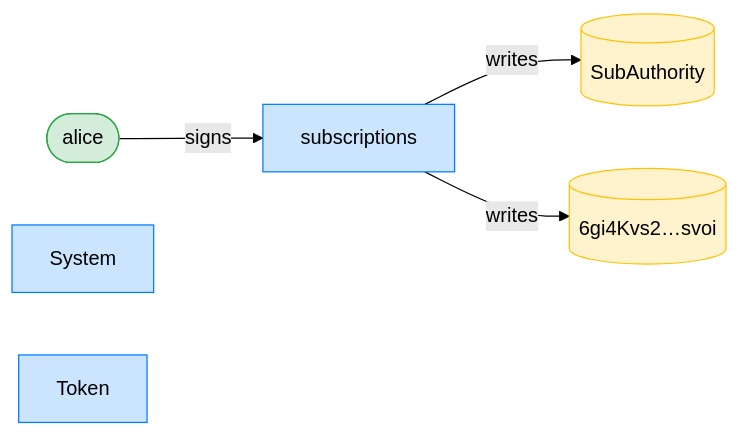
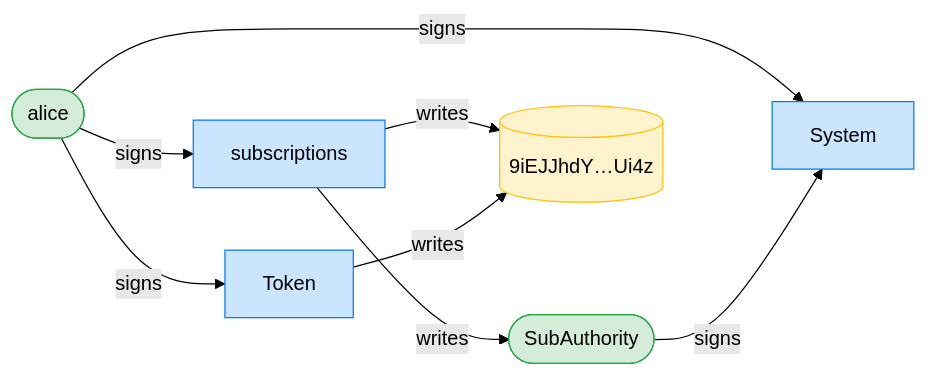
Before and after one commit to cds-rs/subscriptions: the third of 4 diagrams in dsl_tests/reject-a-fixed-delegation-with-a-past-expiry.md, drawn with Mermaid (forest theme). The commit also changed other lines of this file and 224 other files, not shown here.

````diff
--- a/dsl_tests/reject-a-fixed-delegation-with-a-past-expiry.md
+++ b/dsl_tests/reject-a-fixed-delegation-with-a-past-expiry.md
@@ -53,15 +54,19 @@
 ```mermaid
 flowchart LR
     classDef signer fill:#d4edda,stroke:#28a745;
     classDef program fill:#cce5ff,stroke:#007bff;
     classDef writable fill:#fff3cd,stroke:#ffc107;
     subscriptions[subscriptions]:::program
     alice([alice]):::signer
-    SubAuthority[(SubAuthority)]:::writable
-    6gi4Kvs2_svoi[("6gi4Kvs2…svoi")]:::writable
+    SubAuthority([SubAuthority]):::signer
+    9iEJJhdY_Ui4z[("9iEJJhdY…Ui4z")]:::writable
     System[System]:::program
     Token[Token]:::program
     alice -->|signs| subscriptions
+    alice -->|signs| System
+    SubAuthority -->|signs| System
+    alice -->|signs| Token
     subscriptions -->|writes| SubAuthority
-    subscriptions -->|writes| 6gi4Kvs2_svoi
+    subscriptions -->|writes| 9iEJJhdY_Ui4z
+    Token -->|writes| 9iEJJhdY_Ui4z
 ```
````
